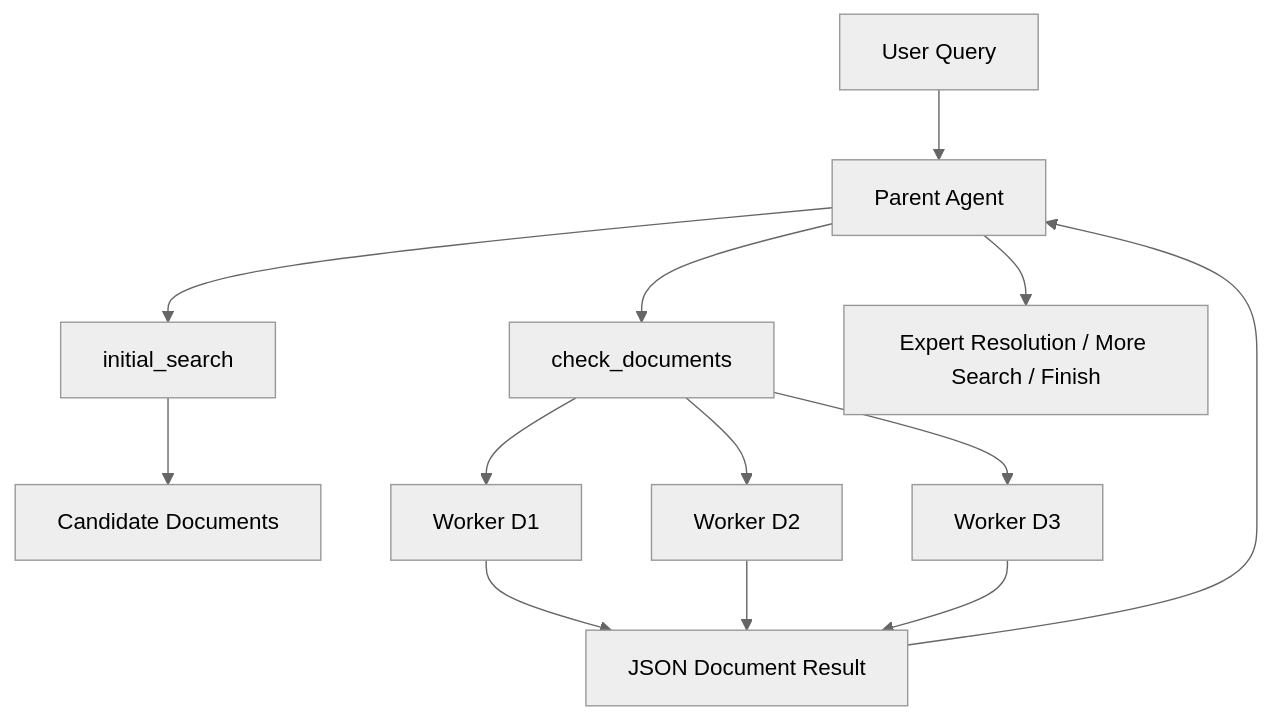
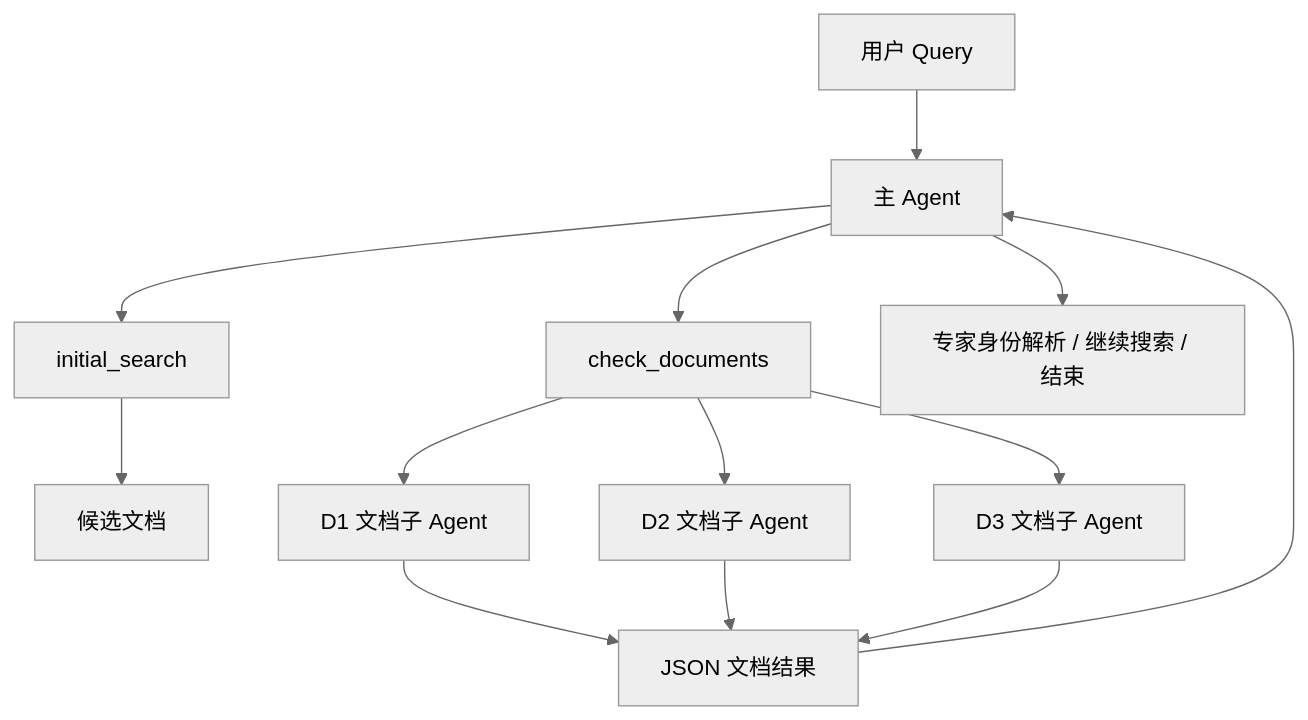
Before and after one commit to NozomiX1/NozomiX1.github.io: the third of 4 diagrams in technical-report-v1.md, drawn with Mermaid (neutral theme). The commit also changed other lines of this file and 3 other files, not shown here.

````diff
--- a/technical-report-v1.md
+++ b/technical-report-v1.md
@@ -512,15 +565,15 @@
 ```mermaid
 flowchart TB
-    U[User Query] --> P[Parent Agent]
+    U[用户 Query] --> P[主 Agent]
     P --> I[initial_search]
-    I --> C[Candidate Documents]
+    I --> C[候选文档]
     P --> DISP[check_documents]
-    DISP --> W1[Worker D1]
-    DISP --> W2[Worker D2]
-    DISP --> W3[Worker D3]
-    W1 --> J[JSON Document Result]
+    DISP --> W1[D1 文档子 Agent]
+    DISP --> W2[D2 文档子 Agent]
+    DISP --> W3[D3 文档子 Agent]
+    W1 --> J[JSON 文档结果]
     W2 --> J
     W3 --> J
     J --> P
-    P --> X[Expert Resolution / More Search / Finish]
+    P --> X[专家身份解析 / 继续搜索 / 结束]
 ```
````
